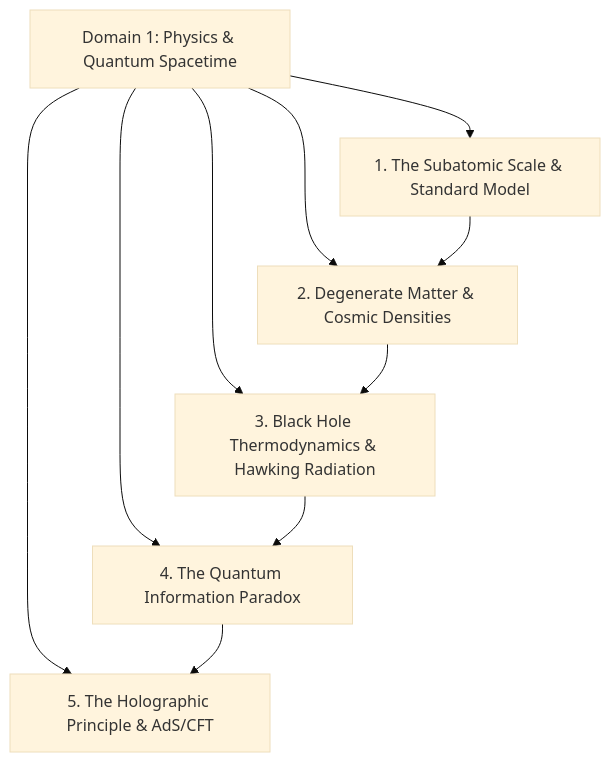
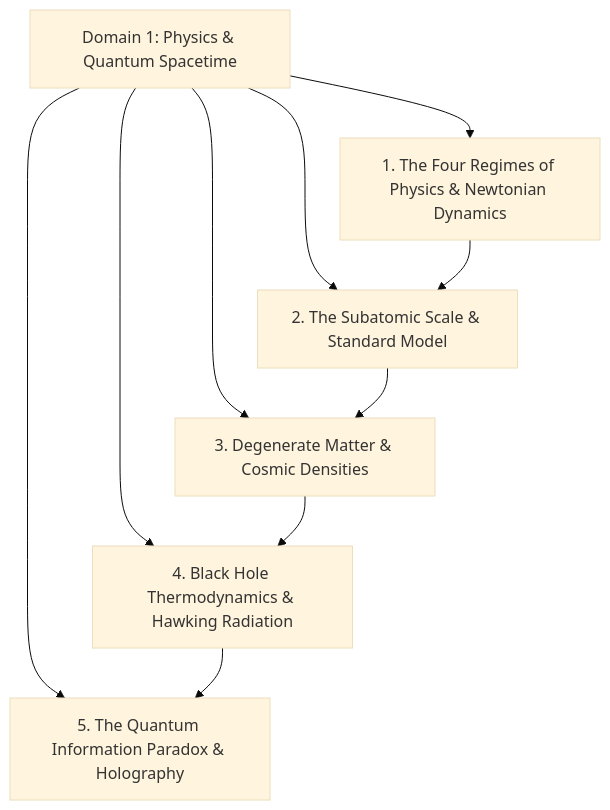
One commit to vs00918/aravalli changed the first of 5 diagrams in knowledge-tree/domains/01-physics-quantum-and-spacetime.md. Above: the diagram before and after it, drawn with Mermaid (base theme). The commit also changed other lines of this file and 1 other file, not shown here.

Commit message:
Ingest Yale Physics (Prof. Shankar): Enrich Domain 1 with Classical Mechanics, Determinism & 4 Regimes of Physics

````diff
--- a/knowledge-tree/domains/01-physics-quantum-and-spacetime.md
+++ b/knowledge-tree/domains/01-physics-quantum-and-spacetime.md
@@ -9,13 +9,13 @@
 ```mermaid
 graph TD
-    Domain["Domain 1: Physics & Quantum Spacetime"] --> Scale["1. The Subatomic Scale & Standard Model"]
-    Domain --> ExtremeMatter["2. Degenerate Matter & Cosmic Densities"]
-    Domain --> BlackHoles["3. Black Hole Thermodynamics & Hawking Radiation"]
-    Domain --> InfoParadox["4. The Quantum Information Paradox"]
-    Domain --> Holography["5. The Holographic Principle & AdS/CFT"]
+    Domain["Domain 1: Physics & Quantum Spacetime"] --> Classical["1. The Four Regimes of Physics & Newtonian Dynamics"]
+    Domain --> Scale["2. The Subatomic Scale & Standard Model"]
+    Domain --> ExtremeMatter["3. Degenerate Matter & Cosmic Densities"]
+    Domain --> BlackHoles["4. Black Hole Thermodynamics & Hawking Radiation"]
+    Domain --> InfoParadox["5. The Quantum Information Paradox & Holography"]
 
+    Classical --> Scale
     Scale --> ExtremeMatter
     ExtremeMatter --> BlackHoles
     BlackHoles --> InfoParadox
-    InfoParadox --> Holography
 ```
````
